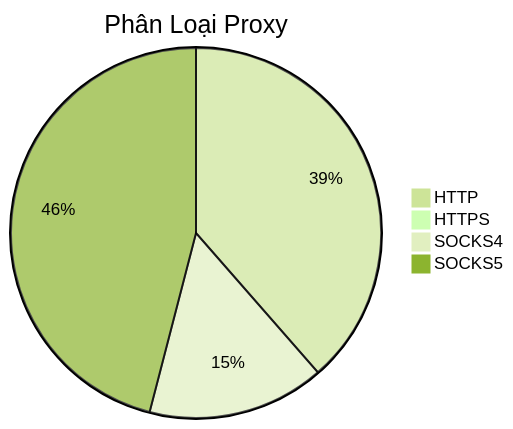
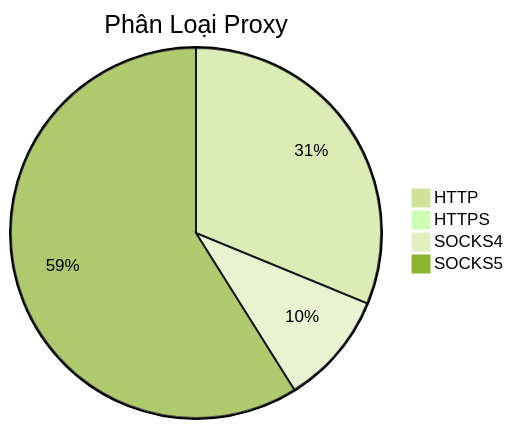
One commit to Ciara-12/PROXY-free changed the diagram in README.md. Above: the diagram before and after it, drawn with Mermaid (forest theme). The commit also changed other lines of this file and 4 other files, not shown here.

````diff
--- a/README.md
+++ b/README.md
@@ -26,7 +26,7 @@
 ```mermaid
 pie title Phân Loại Proxy
-    "HTTP" : 688
+    "HTTP" : 651
     "HTTPS" : 1
-    "SOCKS4" : 276
-    "SOCKS5" : 820
+    "SOCKS4" : 206
+    "SOCKS5" : 1229
 ```
````
